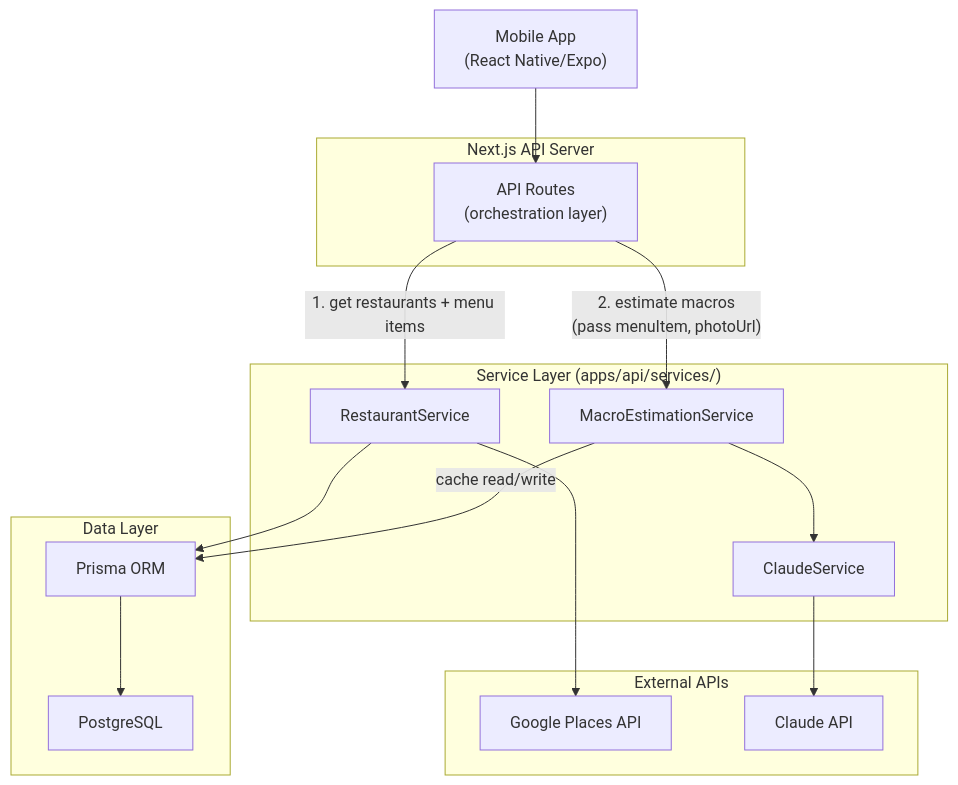
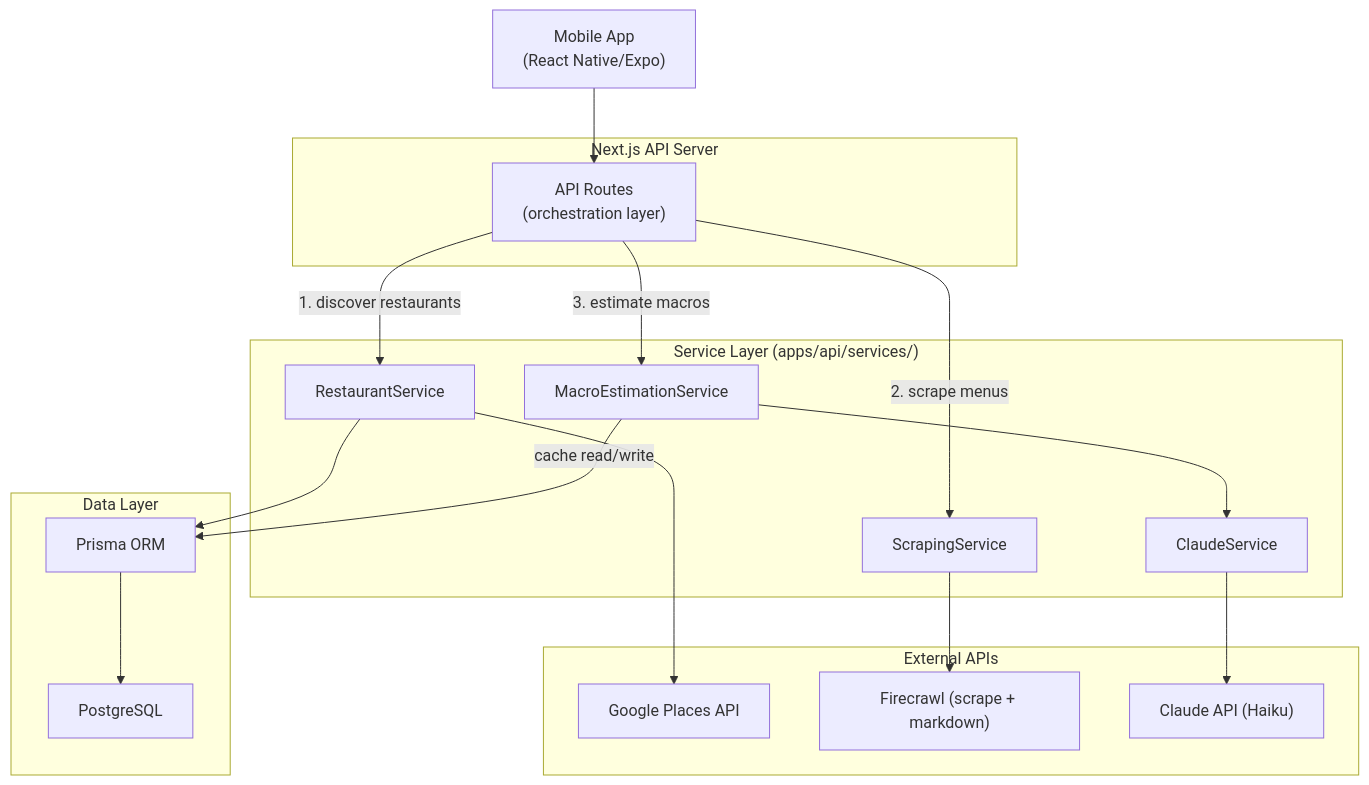
Before and after one commit to dgmolla/fitsy: the first of 3 diagrams in docs/engineering/backend/system-design.md, drawn with Mermaid. The commit also changed other lines of this file and 1 other file, not shown here.

First line of the commit message:
Major system design update: scraping architecture + cost model

````diff
--- a/docs/engineering/backend/system-design.md
+++ b/docs/engineering/backend/system-design.md
@@ -16,36 +16,40 @@
 ```mermaid
 graph TD
     Client["Mobile App<br/>(React Native/Expo)"]
 
     subgraph "Next.js API Server"
         API["API Routes<br/>(orchestration layer)"]
     end
 
     subgraph "Service Layer (apps/api/services/)"
         RS["RestaurantService"]
+        SS["ScrapingService"]
         MS["MacroEstimationService"]
         CS["ClaudeService"]
     end
 
     subgraph "External APIs"
         GP["Google Places API"]
-        CL["Claude API"]
+        FC["Firecrawl (scrape + markdown)"]
+        CL["Claude API (Haiku)"]
     end
 
     subgraph "Data Layer"
         Prisma["Prisma ORM"]
         PG["PostgreSQL"]
     end
 
     Client --> API
-    API -- "1. get restaurants + menu items" --> RS
-    API -- "2. estimate macros<br/>(pass menuItem, photoUrl)" --> MS
+    API -- "1. discover restaurants" --> RS
+    API -- "2. scrape menus" --> SS
+    API -- "3. estimate macros" --> MS
 
     RS --> GP
+    SS --> FC
     MS --> CS
     CS --> CL
 
     MS -- "cache read/write" --> Prisma
     RS --> Prisma
     Prisma --> PG
 ```
````
